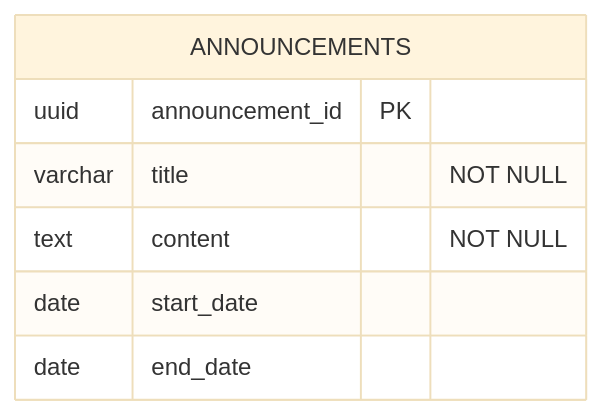
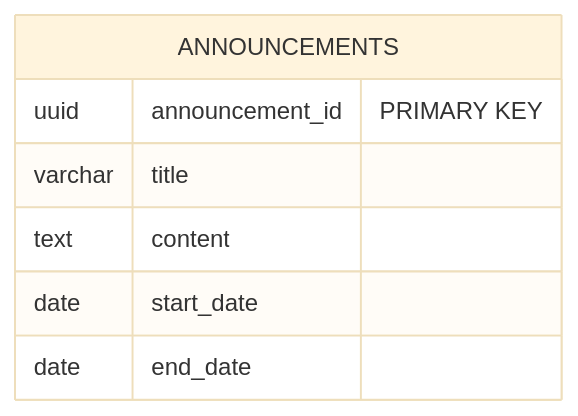
Before and after one commit to hainguyen81/ai-scraper: the tenth of 11 diagrams in sources/storage/business-analysis/membership-hub/requirements.md, drawn with Mermaid (base theme). The commit also changed other lines of this file and 3 other files, not shown here.

````diff
--- a/sources/storage/business-analysis/membership-hub/requirements.md
+++ b/sources/storage/business-analysis/membership-hub/requirements.md
@@ -604,10 +408,10 @@
 ```mermaid
 erDiagram
     ANNOUNCEMENTS {
-        uuid announcement_id PK
-        varchar title "NOT NULL"
-        text content "NOT NULL"
+        uuid announcement_id "PRIMARY KEY"
+        varchar title
+        text content
         date start_date
         date end_date
     }
 ```
````
